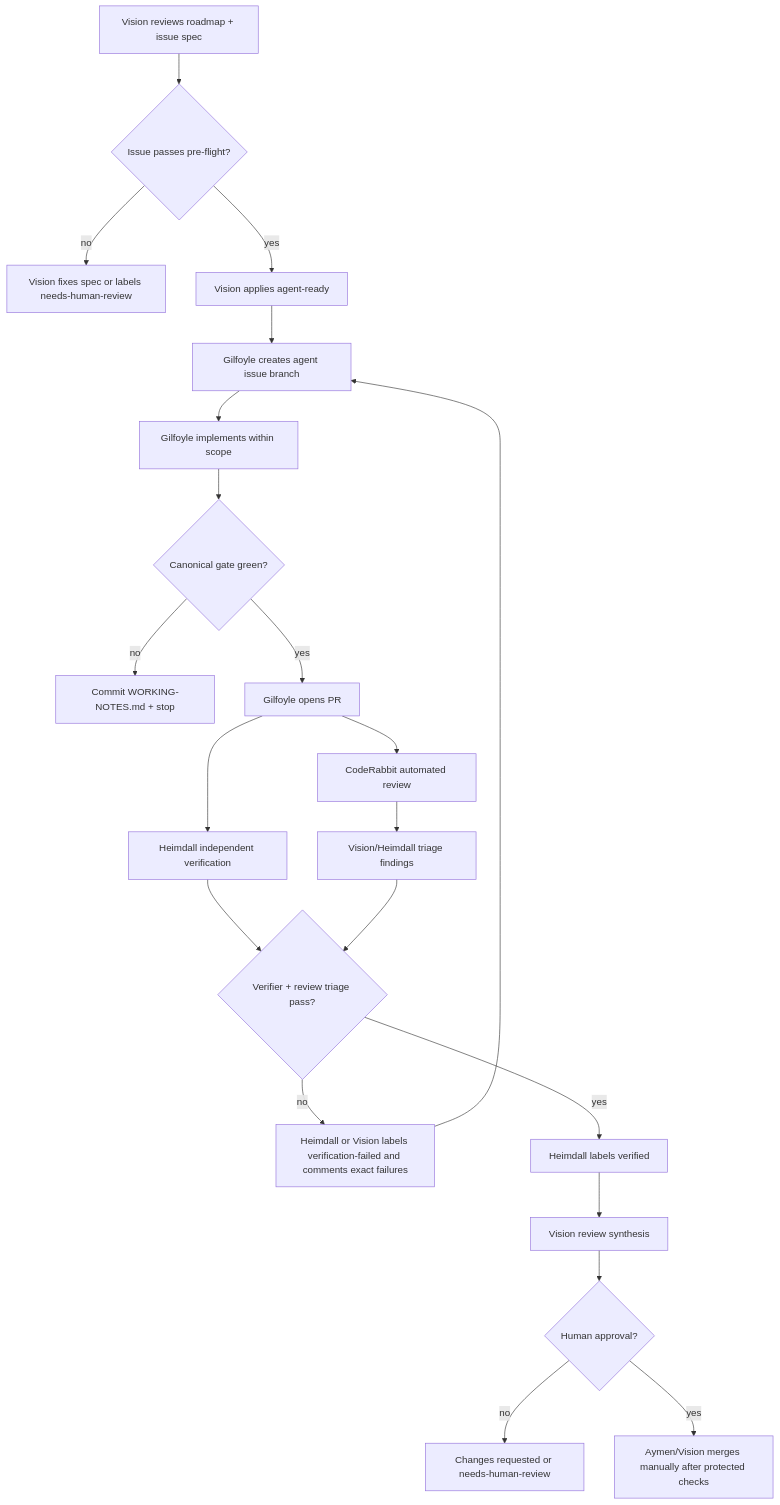
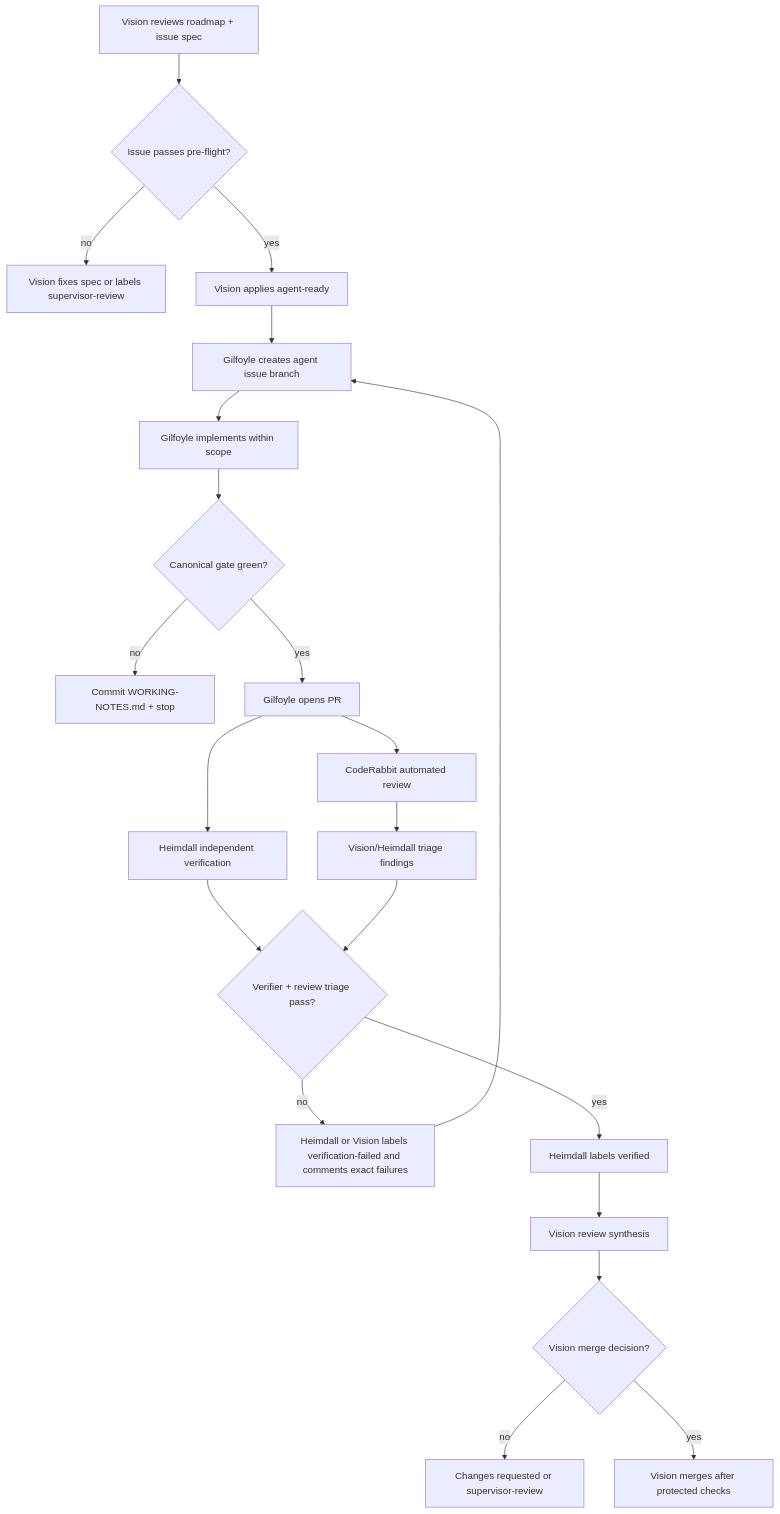
Before and after one commit to ayhammouda/python-docs-mcp-server: the first of 2 diagrams in OPENCLAW-FORGE-PROTOCOL.md, drawn with Mermaid. The commit also changed other lines of this file and 5 other files, not shown here.

First line of the commit message:
chore(forge): remove human review deadlock (#54)

````diff
--- a/OPENCLAW-FORGE-PROTOCOL.md
+++ b/OPENCLAW-FORGE-PROTOCOL.md
@@ -42,23 +42,23 @@
 ```mermaid
 flowchart TD
     A[Vision reviews roadmap + issue spec] --> B{Issue passes pre-flight?}
-    B -- no --> C[Vision fixes spec or labels needs-human-review]
+    B -- no --> C[Vision fixes spec or labels supervisor-review]
     B -- yes --> D[Vision applies agent-ready]
     D --> E[Gilfoyle creates agent issue branch]
     E --> F[Gilfoyle implements within scope]
     F --> G{Canonical gate green?}
     G -- no --> H[Commit WORKING-NOTES.md + stop]
     G -- yes --> I[Gilfoyle opens PR]
     I --> R[CodeRabbit automated review]
     I --> J[Heimdall independent verification]
     R --> S[Vision/Heimdall triage findings]
     J --> K{Verifier + review triage pass?}
     S --> K
     K -- no --> L[Heimdall or Vision labels verification-failed and comments exact failures]
     L --> E
     K -- yes --> M[Heimdall labels verified]
     M --> N[Vision review synthesis]
-    N --> O{Human approval?}
-    O -- no --> P[Changes requested or needs-human-review]
-    O -- yes --> Q[Aymen/Vision merges manually after protected checks]
+    N --> O{Vision merge decision?}
+    O -- no --> P[Changes requested or supervisor-review]
+    O -- yes --> Q[Vision merges after protected checks]
 ```
````
